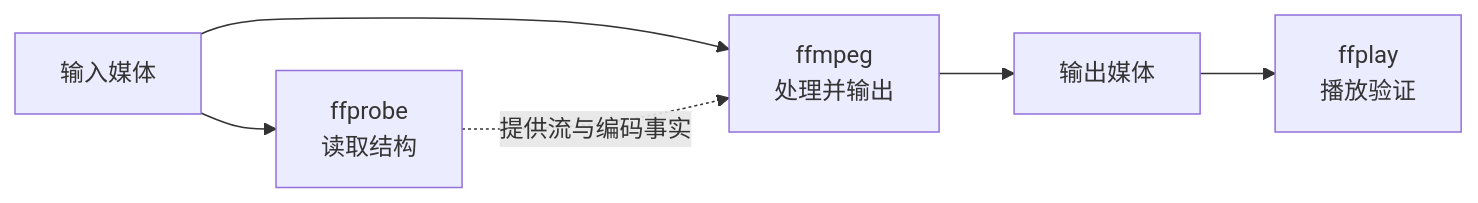
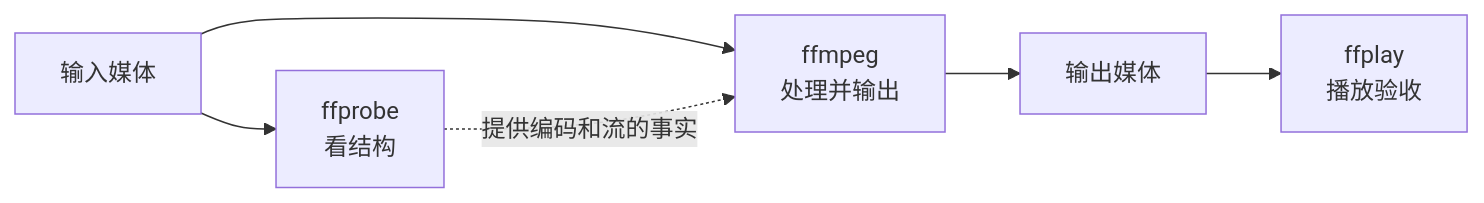
The first of 2 diagrams in src/content/tutorial/ffmpeg/01-核心知识与学习指南.md (flycodeu/FlyCodeCenter), drawn with Mermaid before and after one commit. The commit also changed other lines of this file and 10 other files, not shown here.

````diff
--- a/src/content/tutorial/ffmpeg/01-核心知识与学习指南.md
+++ b/src/content/tutorial/ffmpeg/01-核心知识与学习指南.md
@@ -29,8 +31,8 @@
 ```mermaid
 flowchart LR
-  I[输入媒体] --> P[ffprobe<br/>读取结构]
+  I[输入媒体] --> P[ffprobe<br/>看结构]
   I --> F[ffmpeg<br/>处理并输出]
   F --> O[输出媒体]
-  O --> V[ffplay<br/>播放验证]
-  P -. 提供流与编码事实 .-> F
+  O --> V[ffplay<br/>播放验收]
+  P -. 提供编码和流的事实 .-> F
 ```
````
